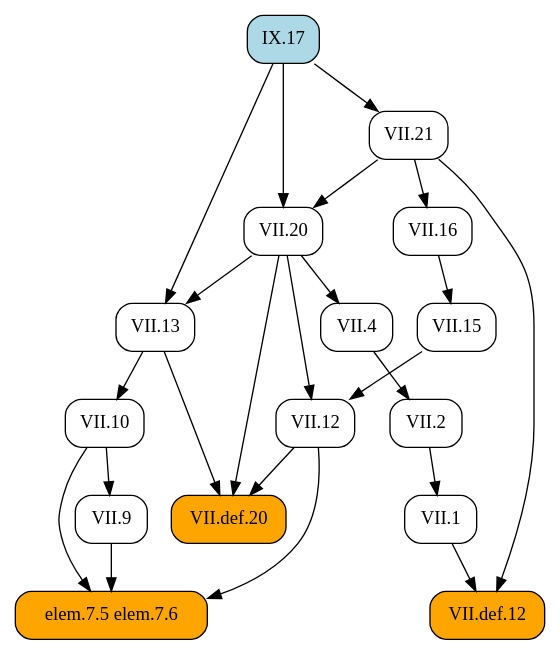
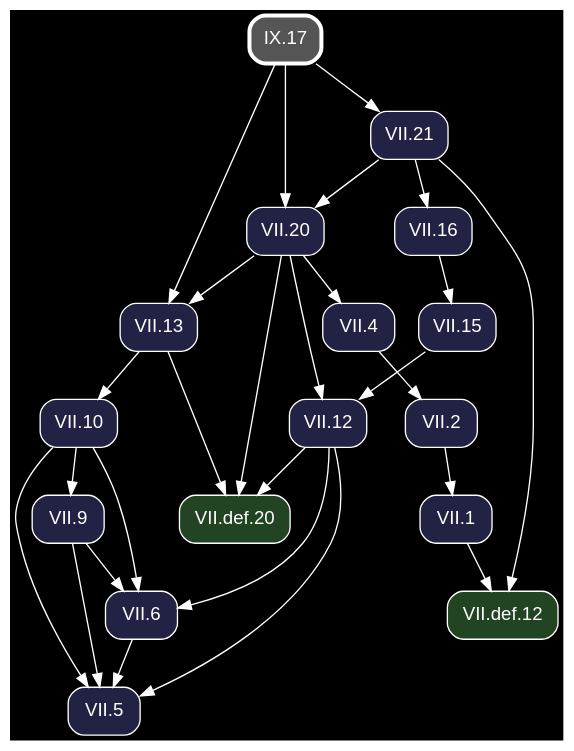
Before and after one commit to geometor/elements: the diagram in docsrc/heath/IX/17/index.rst, drawn with Graphviz. The commit also changed other lines of this file and 1200 other files, not shown here.

Commit message:
update dependency graphs

```diff
--- a/docsrc/heath/IX/17/index.rst
+++ b/docsrc/heath/IX/17/index.rst
@@ -42,43 +42,50 @@
 .. graphviz::
 
    digraph {
+     bgcolor="black";
+     node [shape=box, style="rounded,filled", fontname="Helvetica", color="white", fontcolor="white"];
+     edge [color="white", fontcolor="white"];
      rankdir="TB";
-     node [shape=box, style=rounded];
-     "VII.13" [URL="/heath/VII/13/", target="_top"];
-     "VII.12" [URL="/heath/VII/12/", target="_top"];
-     "VII.4" [URL="/heath/VII/4/", target="_top"];
-     "VII.def.12" [style="rounded,filled", fillcolor=orange, URL="/heath/VII/def.12/", target="_top"];
-     "elem.7.5 elem.7.6" [style="rounded,filled", fillcolor=orange];
-     "VII.9" [URL="/heath/VII/9/", target="_top"];
-     "IX.17" [style="rounded,filled", fillcolor=lightblue, URL="/heath/IX/17/", target="_top"];
-     "VII.1" [URL="/heath/VII/1/", target="_top"];
-     "VII.16" [URL="/heath/VII/16/", target="_top"];
-     "VII.21" [URL="/heath/VII/21/", target="_top"];
-     "VII.20" [URL="/heath/VII/20/", target="_top"];
-     "VII.2" [URL="/heath/VII/2/", target="_top"];
-     "VII.def.20" [style="rounded,filled", fillcolor=orange, URL="/heath/VII/def.20/", target="_top"];
-     "VII.15" [URL="/heath/VII/15/", target="_top"];
-     "VII.10" [URL="/heath/VII/10/", target="_top"];
+     "VII.13" [fillcolor="#222244", URL="/heath/VII/13/", target="_top"];
+     "VII.10" [fillcolor="#222244", URL="/heath/VII/10/", target="_top"];
+     "VII.20" [fillcolor="#222244", URL="/heath/VII/20/", target="_top"];
+     "VII.1" [fillcolor="#222244", URL="/heath/VII/1/", target="_top"];
+     "VII.4" [fillcolor="#222244", URL="/heath/VII/4/", target="_top"];
+     "VII.2" [fillcolor="#222244", URL="/heath/VII/2/", target="_top"];
+     "VII.def.12" [fillcolor="#224422", URL="/heath/VII/def.12/", target="_top"];
+     "VII.5" [fillcolor="#222244", URL="/heath/VII/5/", target="_top"];
+     "IX.17" [penwidth=3, color="white", fillcolor="#555555", URL="/heath/IX/17/", target="_top"];
+     "VII.def.20" [fillcolor="#224422", URL="/heath/VII/def.20/", target="_top"];
+     "VII.21" [fillcolor="#222244", URL="/heath/VII/21/", target="_top"];
+     "VII.9" [fillcolor="#222244", URL="/heath/VII/9/", target="_top"];
+     "VII.12" [fillcolor="#222244", URL="/heath/VII/12/", target="_top"];
+     "VII.6" [fillcolor="#222244", URL="/heath/VII/6/", target="_top"];
+     "VII.16" [fillcolor="#222244", URL="/heath/VII/16/", target="_top"];
+     "VII.15" [fillcolor="#222244", URL="/heath/VII/15/", target="_top"];
      "VII.20" -> "VII.13";
      "IX.17" -> "VII.13";
-     "VII.15" -> "VII.12";
-     "VII.20" -> "VII.12";
+     "VII.13" -> "VII.10";
+     "VII.21" -> "VII.20";
+     "IX.17" -> "VII.20";
+     "VII.2" -> "VII.1";
      "VII.20" -> "VII.4";
+     "VII.4" -> "VII.2";
      "VII.1" -> "VII.def.12";
      "VII.21" -> "VII.def.12";
-     "VII.9" -> "elem.7.5 elem.7.6";
-     "VII.10" -> "elem.7.5 elem.7.6";
-     "VII.12" -> "elem.7.5 elem.7.6";
-     "VII.10" -> "VII.9";
-     "VII.2" -> "VII.1";
-     "VII.21" -> "VII.16";
-     "IX.17" -> "VII.21";
-     "VII.21" -> "VII.20";
-     "IX.17" -> "VII.20";
-     "VII.4" -> "VII.2";
+     "VII.6" -> "VII.5";
+     "VII.9" -> "VII.5";
+     "VII.10" -> "VII.5";
+     "VII.12" -> "VII.5";
      "VII.12" -> "VII.def.20";
      "VII.13" -> "VII.def.20";
      "VII.20" -> "VII.def.20";
+     "IX.17" -> "VII.21";
+     "VII.10" -> "VII.9";
+     "VII.15" -> "VII.12";
+     "VII.20" -> "VII.12";
+     "VII.9" -> "VII.6";
+     "VII.10" -> "VII.6";
+     "VII.12" -> "VII.6";
+     "VII.21" -> "VII.16";
      "VII.16" -> "VII.15";
-     "VII.13" -> "VII.10";
    }
```
